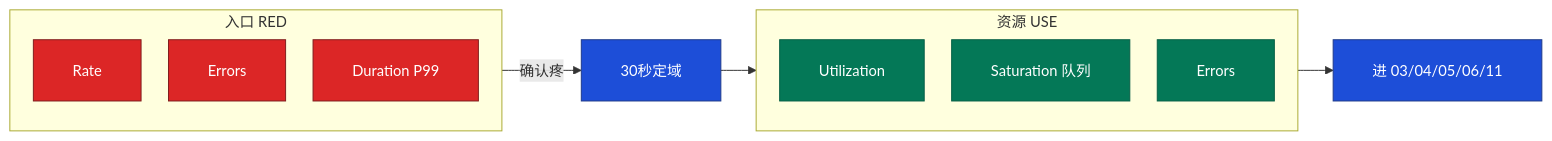
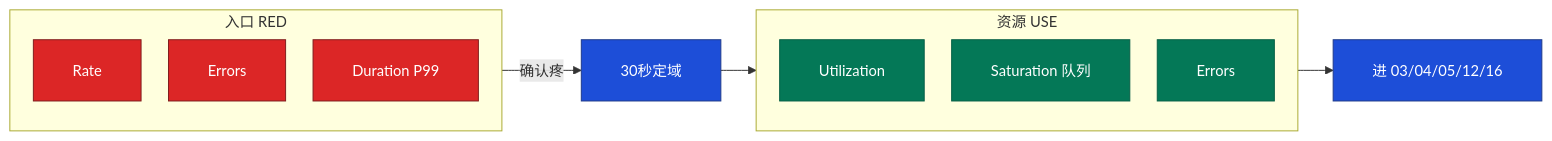
The second of 5 diagrams in 01-基础底座/21-性能观测与排障/知识点.md (ml-cuizijun/LearnToLilith), drawn with Mermaid before and after one commit. The commit also changed other lines of this file and 56 other files, not shown here.

````diff
--- a/01-基础底座/21-性能观测与排障/知识点.md
+++ b/01-基础底座/21-性能观测与排障/知识点.md
@@ -177,28 +177,28 @@
 ```mermaid
 %%{init: {"flowchart": {"padding": 20, "nodeSpacing": 28, "rankSpacing": 36}, "themeVariables": {"fontSize": "15px"}}}%%
 flowchart LR
     subgraph REDBOX ["入口 RED"]
         direction TB
         RR["Rate"]
         RE["Errors"]
         RD["Duration P99"]
     end
 
     subgraph USEBOX ["资源 USE"]
         direction TB
         UU["Utilization"]
         US["Saturation 队列"]
         UE["Errors"]
     end
 
     REDBOX -->|"确认疼"| TRI["30秒定域"]
     TRI --> USEBOX
-    USEBOX --> CH["进 03/04/05/06/11"]
+    USEBOX --> CH["进 03/04/05/12/16"]
 
     classDef red fill:#DC2626,stroke:#7F1D1D,color:#fff
     classDef use fill:#047857,stroke:#065F46,color:#fff
     classDef mid fill:#1D4ED8,stroke:#1E3A8A,color:#fff
     class RR,RE,RD red
     class UU,US,UE use
     class TRI,CH mid
 ```
````
